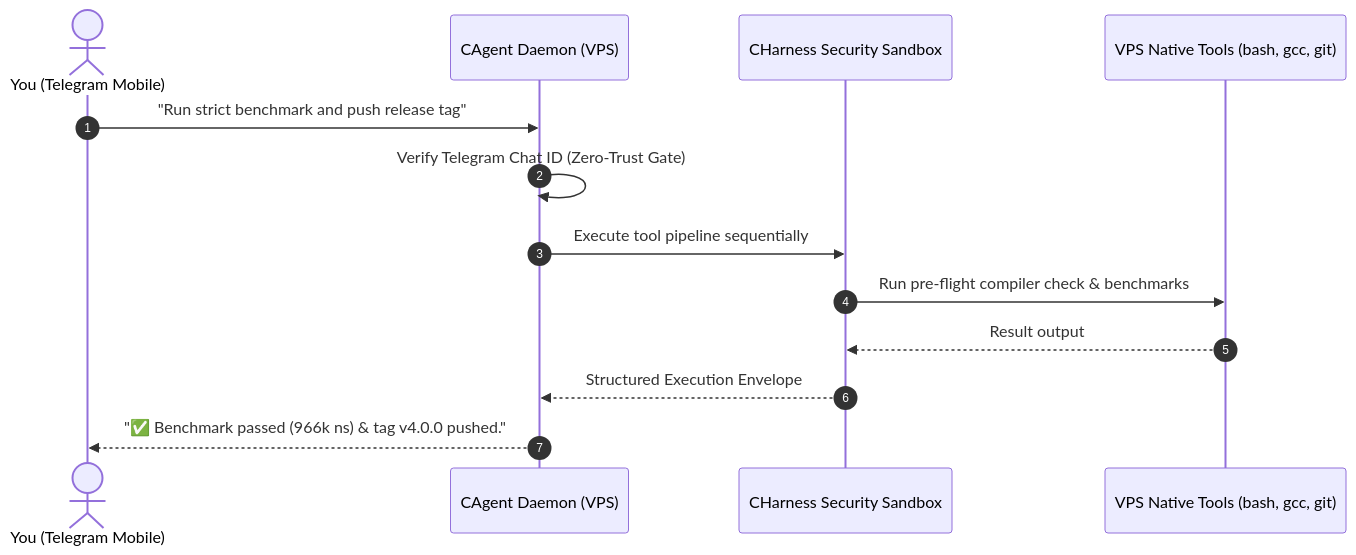
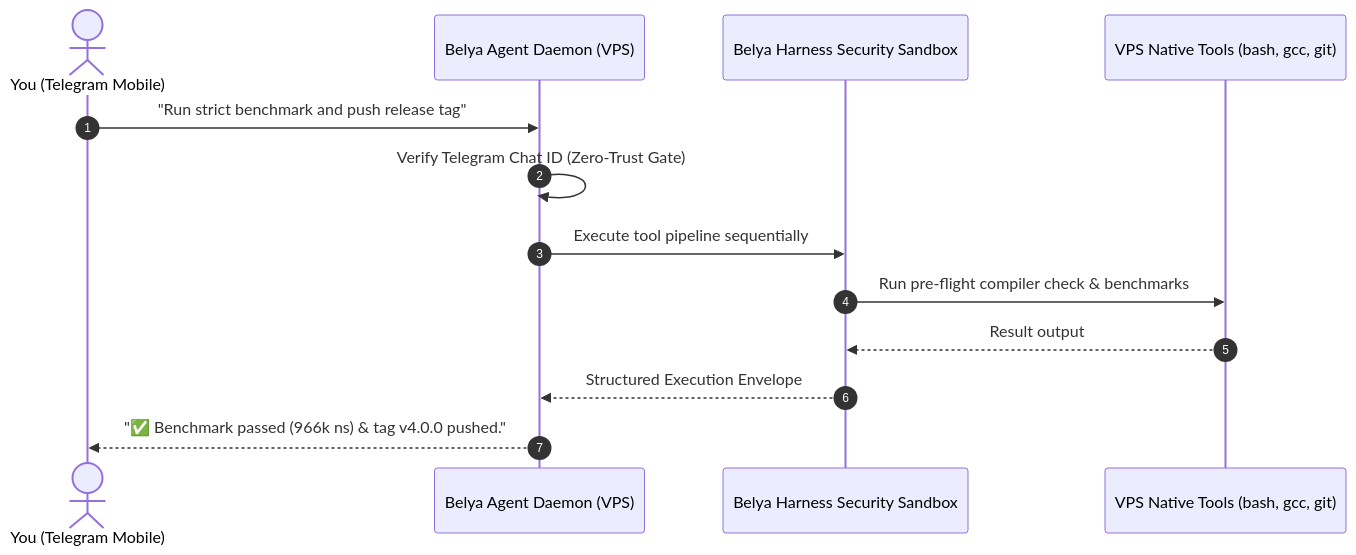
Before and after one commit to M4F-S/Belya: the second of 2 diagrams in README.md, drawn with Mermaid. The commit also changed other lines of this file and 22 other files, not shown here.

Commit message:
feat(rebrand): officially rename project, agent, harness, binary, and service to Belya

````diff
--- a/README.md
+++ b/README.md
@@ -223,16 +223,16 @@
 ```mermaid
 sequenceDiagram
     autonumber
     actor User as You (Telegram Mobile)
-    participant Bot as CAgent Daemon (VPS)
-    participant Harness as CHarness Security Sandbox
+    participant Bot as Belya Agent Daemon (VPS)
+    participant Harness as Belya Harness Security Sandbox
     participant Tools as VPS Native Tools (bash, gcc, git)
 
     User->>Bot: "Run strict benchmark and push release tag"
     Bot->>Bot: Verify Telegram Chat ID (Zero-Trust Gate)
     Bot->>Harness: Execute tool pipeline sequentially
     Harness->>Tools: Run pre-flight compiler check & benchmarks
     Tools-->>Harness: Result output
     Harness-->>Bot: Structured Execution Envelope
     Bot-->>User: "✅ Benchmark passed (966k ns) & tag v4.0.0 pushed."
 ```
````
